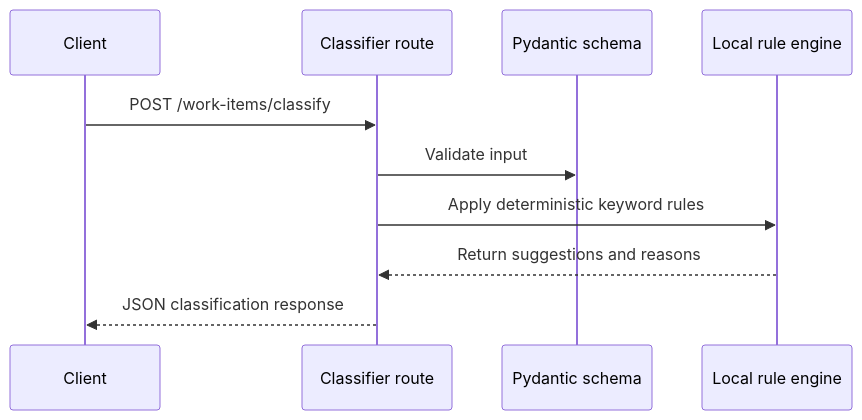
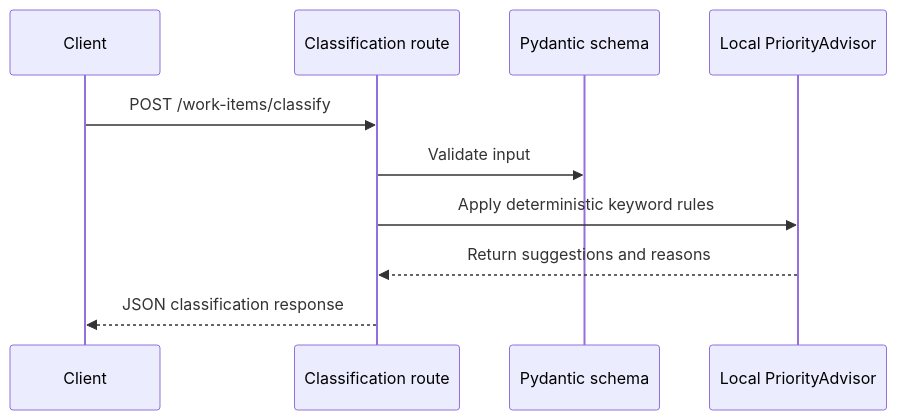
One commit to andredemari/micro-api-work-items changed the third of 3 diagrams in docs/architecture.md. Above: the diagram before and after it, drawn with Mermaid. The commit also changed other lines of this file and 7 other files, not shown here.

Commit message:
refactor: rename classifier to priority advisor

````diff
--- a/docs/architecture.md
+++ b/docs/architecture.md
@@ -68,13 +68,13 @@
 ```mermaid
 sequenceDiagram
     participant Client
-    participant API as Classifier route
+    participant API as Classification route
     participant Schema as Pydantic schema
-    participant Rules as Local rule engine
+    participant Advisor as Local PriorityAdvisor
 
     Client->>API: POST /work-items/classify
     API->>Schema: Validate input
-    API->>Rules: Apply deterministic keyword rules
-    Rules-->>API: Return suggestions and reasons
+    API->>Advisor: Apply deterministic keyword rules
+    Advisor-->>API: Return suggestions and reasons
     API-->>Client: JSON classification response
 ```
````
